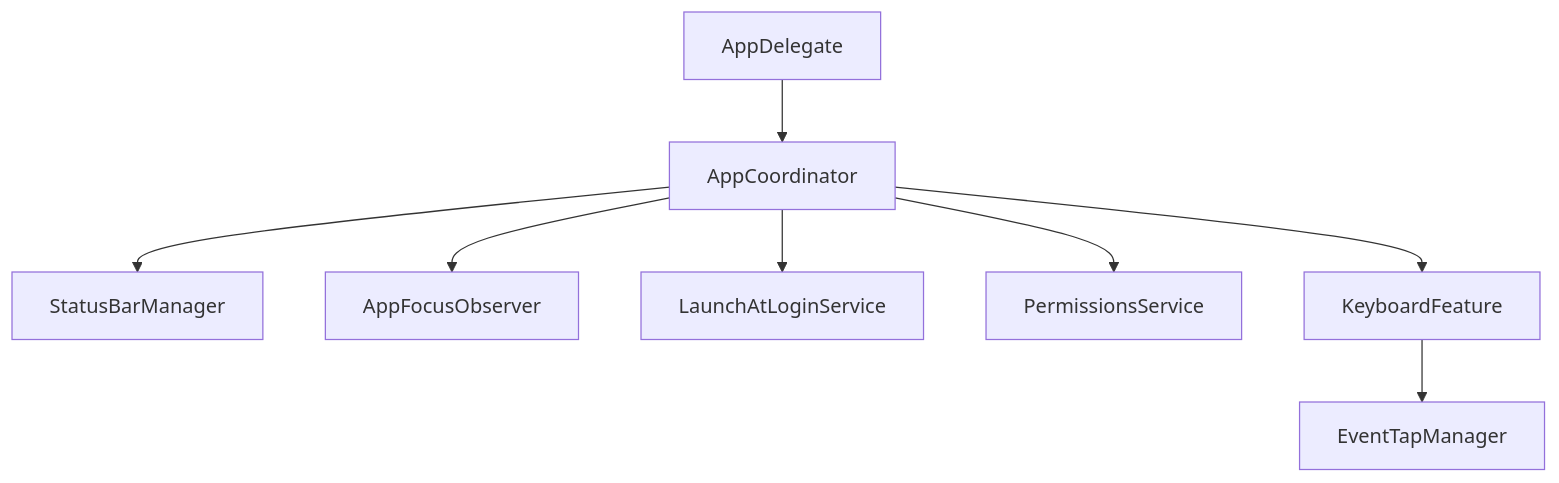
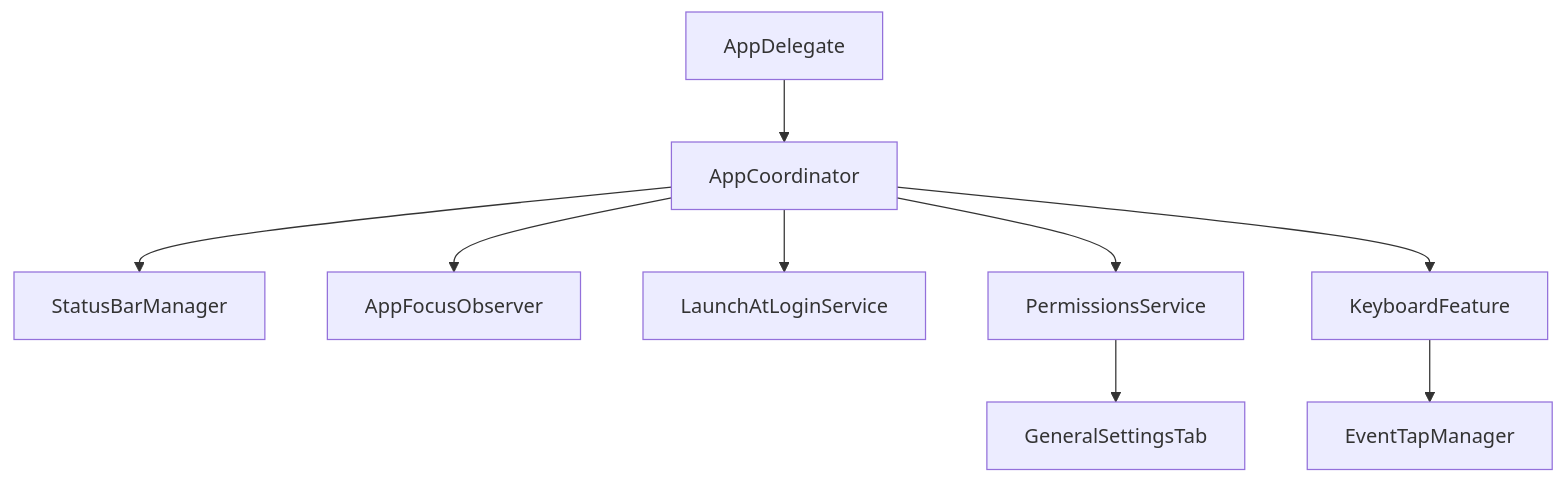
Before and after one commit to Nam088/skey: the first of 9 diagrams in .qoder/repowiki/en/content/Architecture Overview/Application Layer Architecture/System Integration Services.md, drawn with Mermaid. The commit also changed other lines of this file and 169 other files, not shown here.

````diff
--- a/.qoder/repowiki/en/content/Architecture Overview/Application Layer Architecture/System Integration Services.md
+++ b/.qoder/repowiki/en/content/Architecture Overview/Application Layer Architecture/System Integration Services.md
@@ -35,10 +44,11 @@
 ```mermaid
 graph TB
 AppDelegate["AppDelegate"] --> AppCoordinator["AppCoordinator"]
 AppCoordinator --> StatusBarManager["StatusBarManager"]
 AppCoordinator --> AppFocusObserver["AppFocusObserver"]
 AppCoordinator --> LaunchAtLoginService["LaunchAtLoginService"]
 AppCoordinator --> PermissionsService["PermissionsService"]
 AppCoordinator --> KeyboardFeature["KeyboardFeature"]
 KeyboardFeature --> EventTapManager["EventTapManager"]
+PermissionsService --> GeneralSettingsTab["GeneralSettingsTab"]
 ```
````
